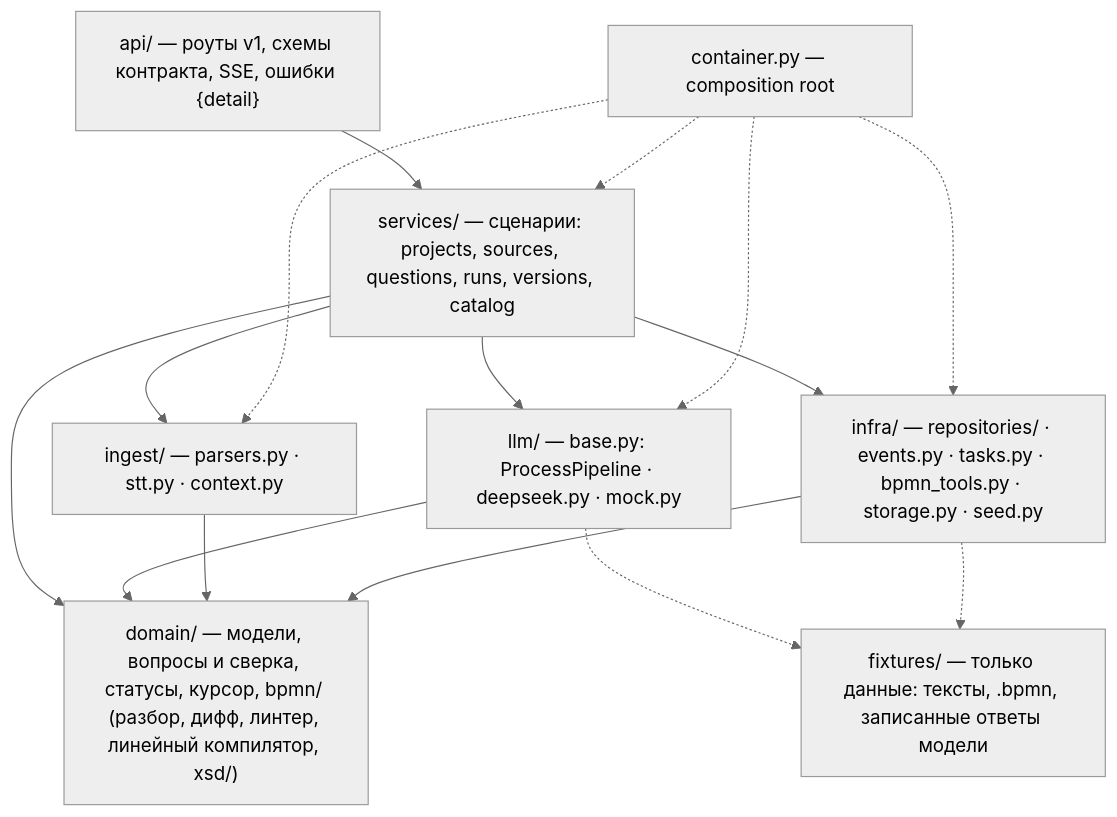
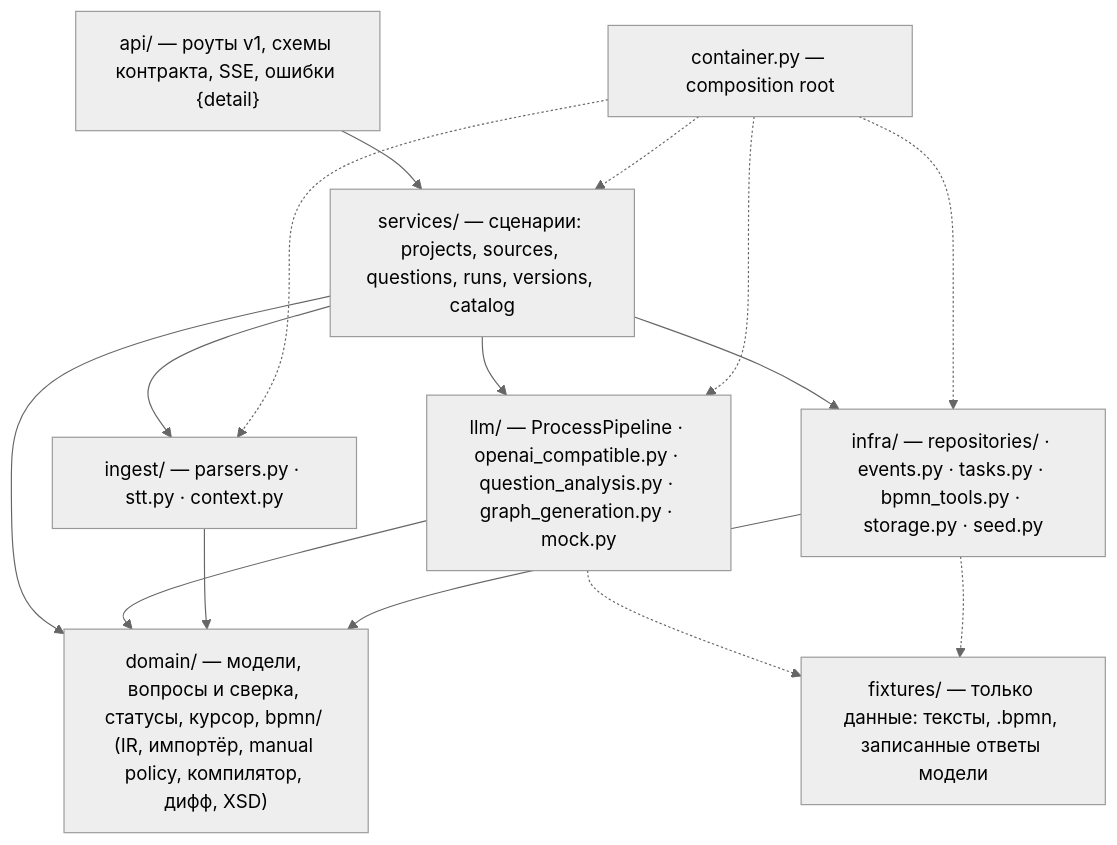
One commit to MattoYuzuru/BPMN.Space changed the diagram in docs/backend/mock.md. Above: the diagram before and after it, drawn with Mermaid (neutral theme). The commit also changed other lines of this file and 11 other files, not shown here.

Commit message:
docs(architecture): reconcile generation and evidence contracts

````diff
--- a/docs/backend/mock.md
+++ b/docs/backend/mock.md
@@ -16,13 +16,13 @@
 ```mermaid
 flowchart TB
     api["api/ — роуты v1, схемы контракта, SSE, ошибки {detail}"] --> services
     services["services/ — сценарии: projects, sources, questions, runs, versions, catalog"] --> llm & ingest & infra & domain
-    llm["llm/ — base.py: ProcessPipeline · deepseek.py · mock.py"] --> domain
+    llm["llm/ — ProcessPipeline · openai_compatible.py · question_analysis.py · graph_generation.py · mock.py"] --> domain
     ingest["ingest/ — parsers.py · stt.py · context.py"] --> domain
     infra["infra/ — repositories/ · events.py · tasks.py · bpmn_tools.py · storage.py · seed.py"] --> domain
-    domain["domain/ — модели, вопросы и сверка, статусы, курсор, bpmn/ (разбор, дифф, линтер, линейный компилятор, xsd/)"]
+    domain["domain/ — модели, вопросы и сверка, статусы, курсор, bpmn/ (IR, импортёр, manual policy, компилятор, дифф, XSD)"]
     fixtures["fixtures/ — только данные: тексты, .bpmn, записанные ответы модели"]
     container["container.py — composition root"] -.-> services & infra & llm & ingest
     llm -.-> fixtures
     infra -.-> fixtures
 ```
````
